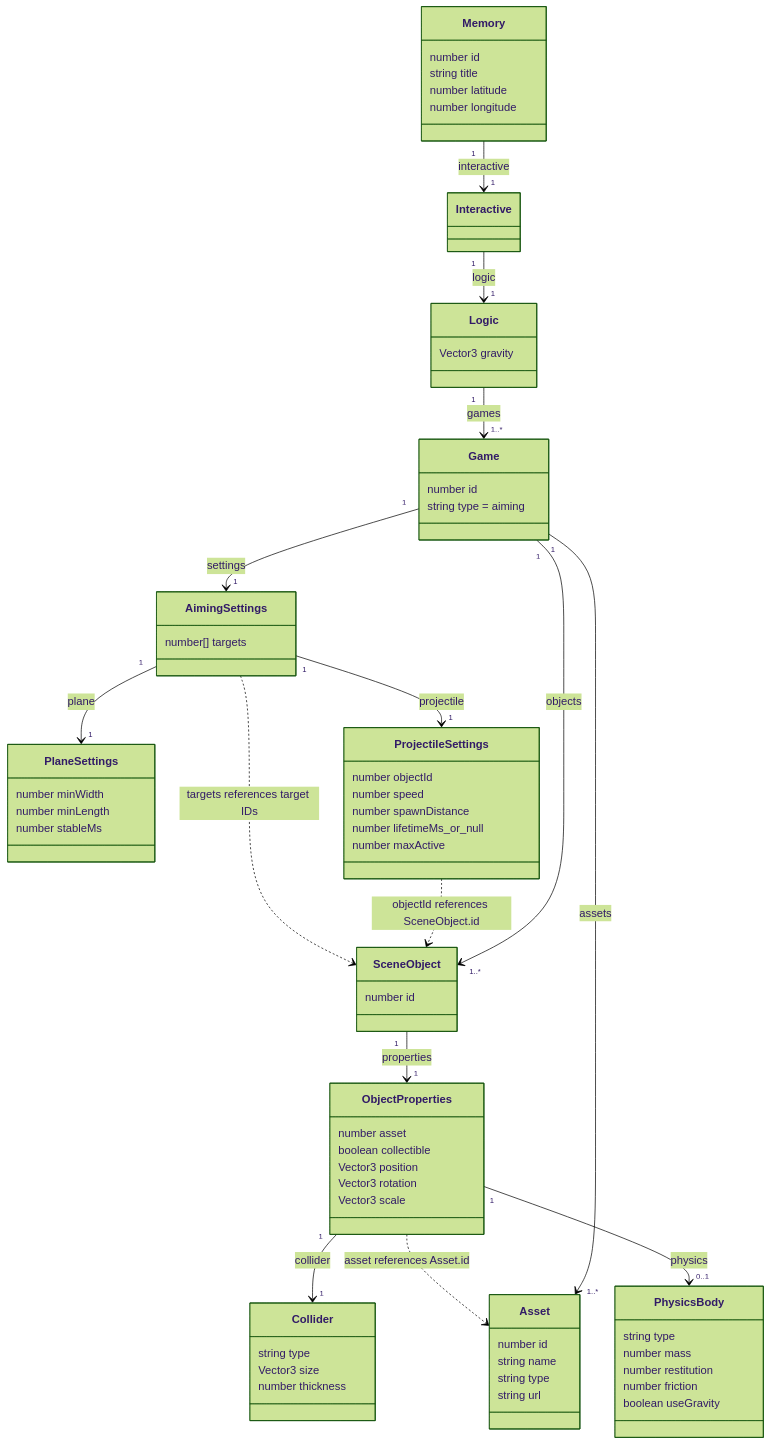
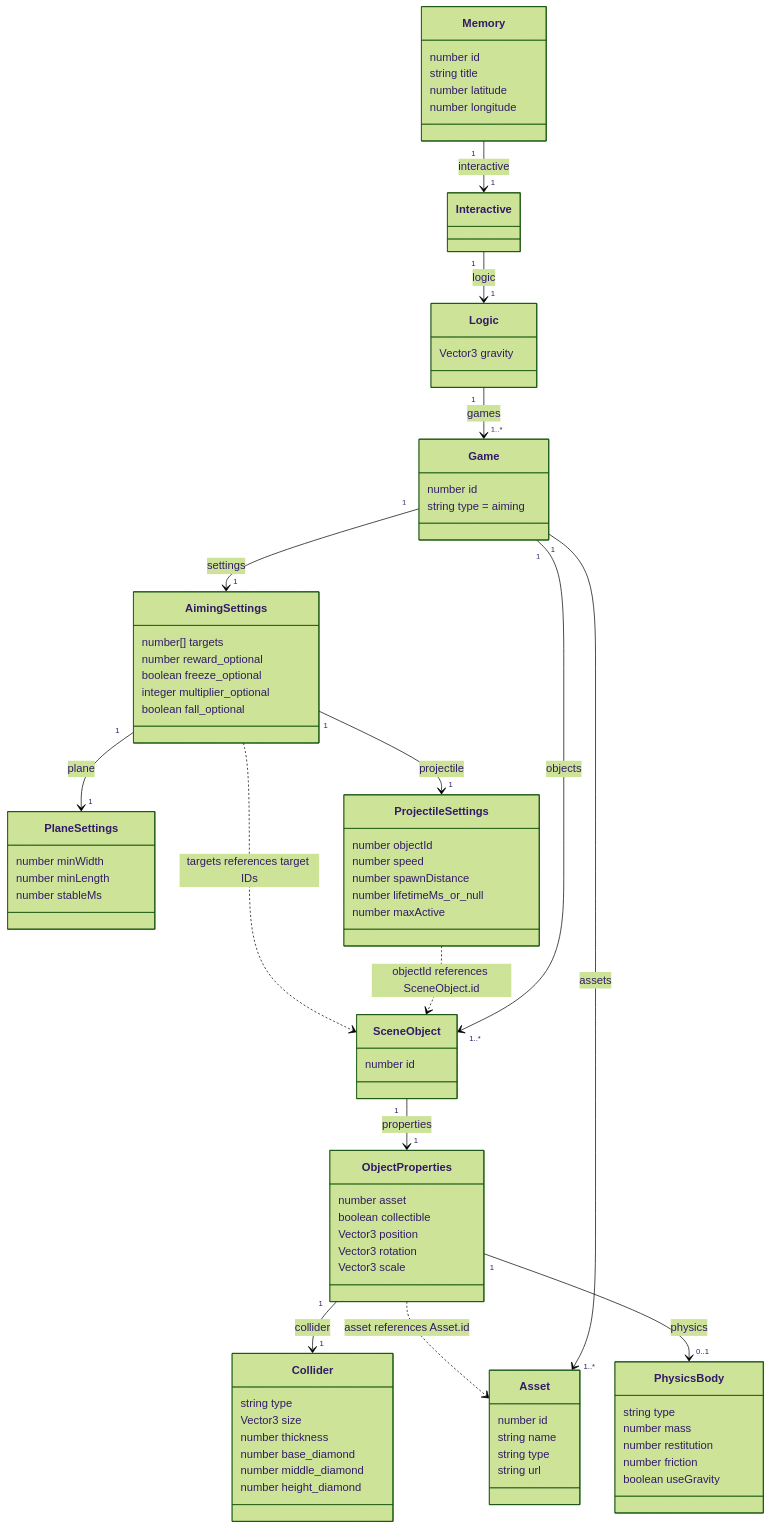
One commit to mystifiedmunchkin/echoes changed the second of 3 diagrams in docs/jeux-adresse.md. Above: the diagram before and after it, drawn with Mermaid (forest theme). The commit also changed other lines of this file and 9 other files, not shown here.

````diff
--- a/docs/jeux-adresse.md
+++ b/docs/jeux-adresse.md
@@ -147,74 +147,81 @@
 ```mermaid
 classDiagram
     Memory "1" --> "1" Interactive : interactive
     Interactive "1" --> "1" Logic : logic
     Logic "1" --> "1..*" Game : games
     Game "1" --> "1..*" Asset : assets
     Game "1" --> "1..*" SceneObject : objects
     Game "1" --> "1" AimingSettings : settings
     AimingSettings "1" --> "1" PlaneSettings : plane
     AimingSettings "1" --> "1" ProjectileSettings : projectile
     SceneObject "1" --> "1" ObjectProperties : properties
     ObjectProperties "1" --> "1" Collider : collider
     ObjectProperties "1" --> "0..1" PhysicsBody : physics
     ObjectProperties ..> Asset : asset references Asset.id
     ProjectileSettings ..> SceneObject : objectId references SceneObject.id
     AimingSettings ..> SceneObject : targets references target IDs
 
     class Memory {
         number id
         string title
         number latitude
         number longitude
     }
     class Logic {
         Vector3 gravity
     }
     class Game {
         number id
         string type = aiming
     }
     class Asset {
         number id
         string name
         string type
         string url
     }
     class AimingSettings {
         number[] targets
+        number reward_optional
+        boolean freeze_optional
+        integer multiplier_optional
+        boolean fall_optional
     }
     class PlaneSettings {
         number minWidth
         number minLength
         number stableMs
     }
     class ProjectileSettings {
         number objectId
         number speed
         number spawnDistance
         number lifetimeMs_or_null
         number maxActive
     }
     class SceneObject {
         number id
     }
     class ObjectProperties {
         number asset
         boolean collectible
         Vector3 position
         Vector3 rotation
         Vector3 scale
     }
     class Collider {
         string type
         Vector3 size
         number thickness
+        number base_diamond
+        number middle_diamond
+        number height_diamond
     }
     class PhysicsBody {
         string type
         number mass
         number restitution
         number friction
         boolean useGravity
     }
 ```
````
